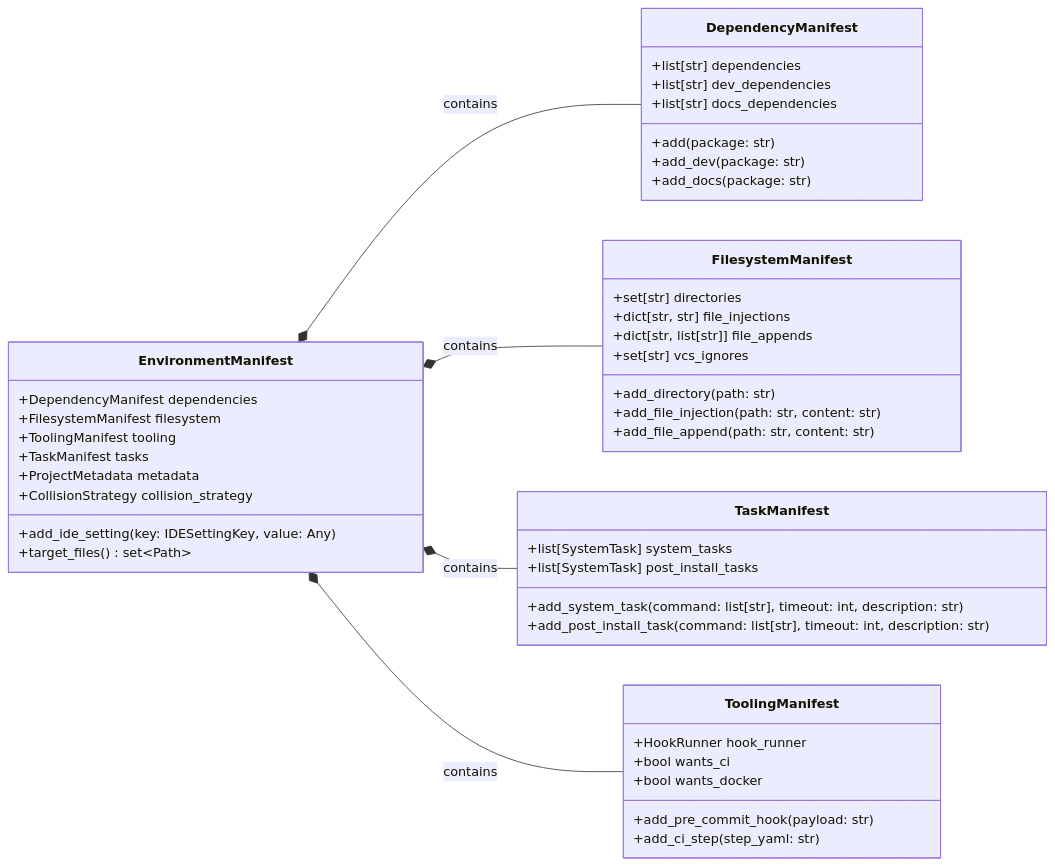
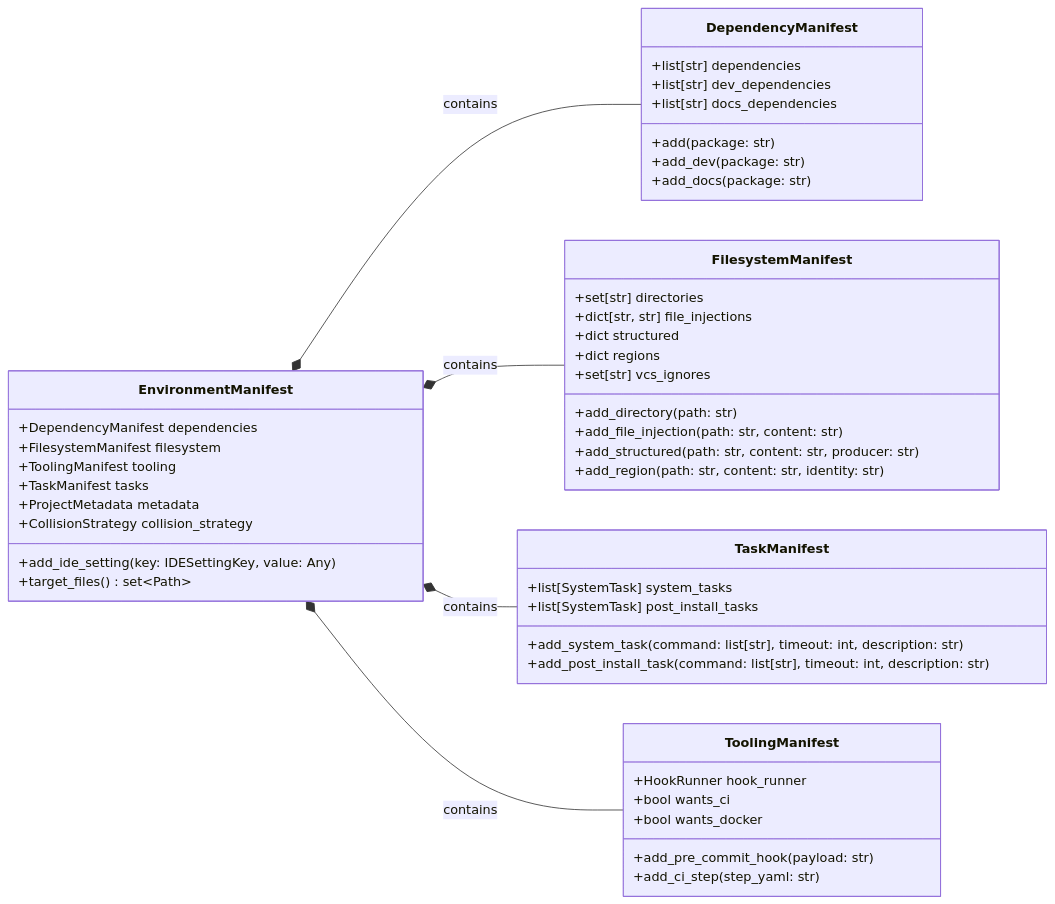
Before and after one commit to JacksonFergusonDev/protostar: the first of 2 diagrams in docs/developer/api-reference.md, drawn with Mermaid. The commit also changed 41 other files, not shown here.

````diff
--- a/docs/developer/api-reference.md
+++ b/docs/developer/api-reference.md
@@ -7,54 +7,56 @@
 ```mermaid
 classDiagram
     direction LR
 
     class EnvironmentManifest {
         +DependencyManifest dependencies
         +FilesystemManifest filesystem
         +ToolingManifest tooling
         +TaskManifest tasks
         +ProjectMetadata metadata
         +CollisionStrategy collision_strategy
         +add_ide_setting(key: IDESettingKey, value: Any)
         +target_files() set~Path~
     }
 
     class DependencyManifest {
         +list[str] dependencies
         +list[str] dev_dependencies
         +list[str] docs_dependencies
         +add(package: str)
         +add_dev(package: str)
         +add_docs(package: str)
     }
 
     class FilesystemManifest {
         +set[str] directories
         +dict[str, str] file_injections
-        +dict[str, list[str]] file_appends
+        +dict structured
+        +dict regions
         +set[str] vcs_ignores
         +add_directory(path: str)
         +add_file_injection(path: str, content: str)
-        +add_file_append(path: str, content: str)
+        +add_structured(path: str, content: str, producer: str)
+        +add_region(path: str, content: str, identity: str)
     }
 
     class TaskManifest {
         +list[SystemTask] system_tasks
         +list[SystemTask] post_install_tasks
         +add_system_task(command: list[str], timeout: int, description: str)
         +add_post_install_task(command: list[str], timeout: int, description: str)
     }
 
     class ToolingManifest {
         +HookRunner hook_runner
         +bool wants_ci
         +bool wants_docker
         +add_pre_commit_hook(payload: str)
         +add_ci_step(step_yaml: str)
     }
 
     EnvironmentManifest *-- DependencyManifest : contains
     EnvironmentManifest *-- FilesystemManifest : contains
     EnvironmentManifest *-- TaskManifest : contains
     EnvironmentManifest *-- ToolingManifest : contains
 ```
````
